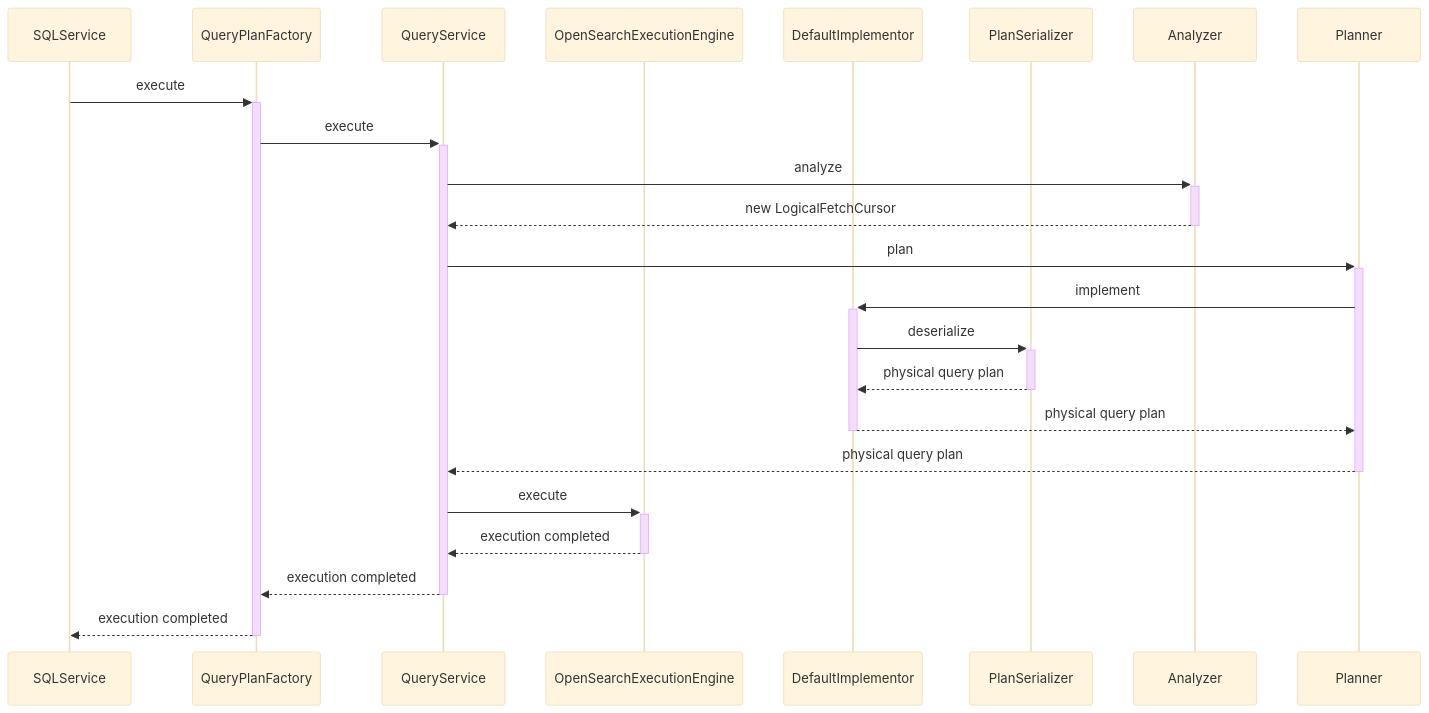
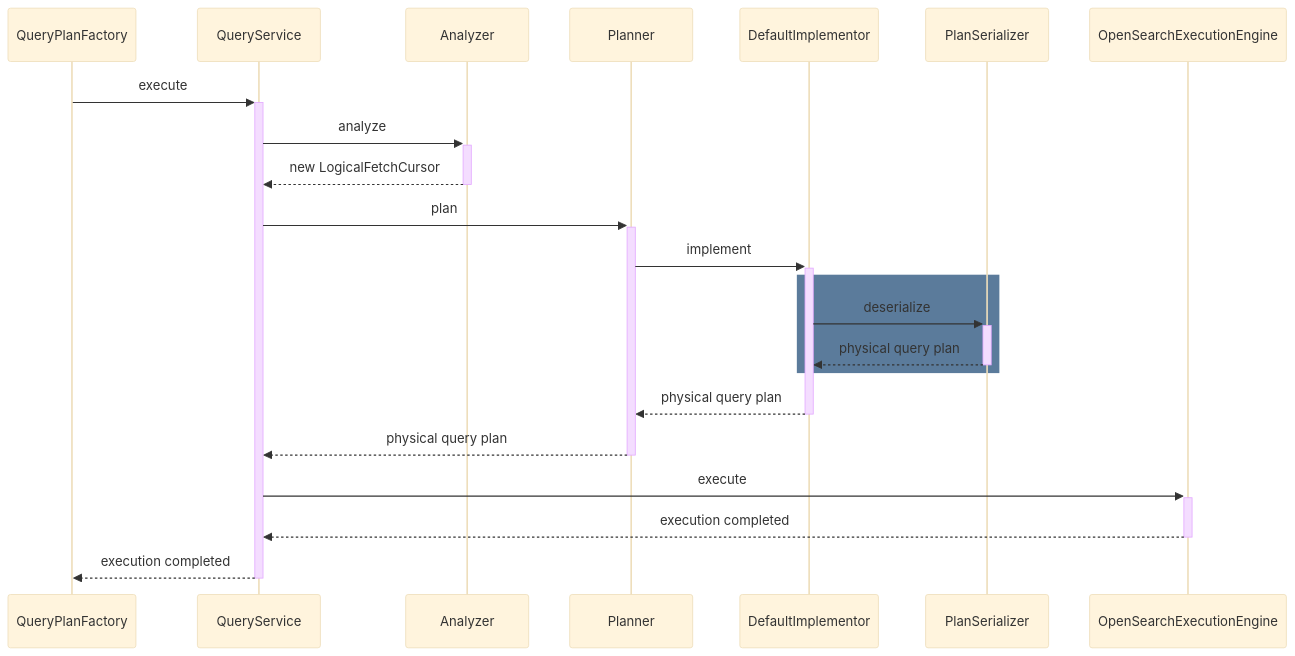
Before and after one commit to opensearch-project/sql: diagram 13 of 19 in docs/dev/Pagination-v2.md, drawn with Mermaid (base theme). The commit also changed other lines of this file and 31 other files, not shown here.

````diff
--- a/docs/dev/Pagination-v2.md
+++ b/docs/dev/Pagination-v2.md
@@ -501,24 +496,25 @@
 ```mermaid
 sequenceDiagram
-    participant SQLService
     participant QueryPlanFactory
     participant QueryService
-    participant OpenSearchExecutionEngine
+    participant Analyzer
+    participant Planner
     participant DefaultImplementor
     participant PlanSerializer
+    participant OpenSearchExecutionEngine
 
-SQLService ->>+ QueryPlanFactory : execute
-  QueryPlanFactory ->>+ QueryService : execute
+QueryPlanFactory ->>+ QueryService : execute
   QueryService ->>+ Analyzer : analyze
-  Analyzer -->>- QueryService : new LogicalFetchCursor
+    Analyzer -->>- QueryService : new LogicalFetchCursor
   QueryService ->>+ Planner : plan
-  Planner ->>+ DefaultImplementor : implement
-  DefaultImplementor ->>+ PlanSerializer : deserialize
-  PlanSerializer -->>- DefaultImplementor: physical query plan
-  DefaultImplementor -->>- Planner : physical query plan
-  Planner -->>- QueryService : physical query plan
+    Planner ->>+ DefaultImplementor : implement
+      rect rgb(91, 123, 155)
+      DefaultImplementor ->>+ PlanSerializer : deserialize
+        PlanSerializer -->>- DefaultImplementor: physical query plan
+      end
+      DefaultImplementor -->>- Planner : physical query plan
+    Planner -->>- QueryService : physical query plan
   QueryService ->>+ OpenSearchExecutionEngine : execute
-  OpenSearchExecutionEngine -->>- QueryService: execution completed
+    OpenSearchExecutionEngine -->>- QueryService: execution completed
   QueryService -->>- QueryPlanFactory : execution completed
-  QueryPlanFactory -->>- SQLService : execution completed
 ```
````
